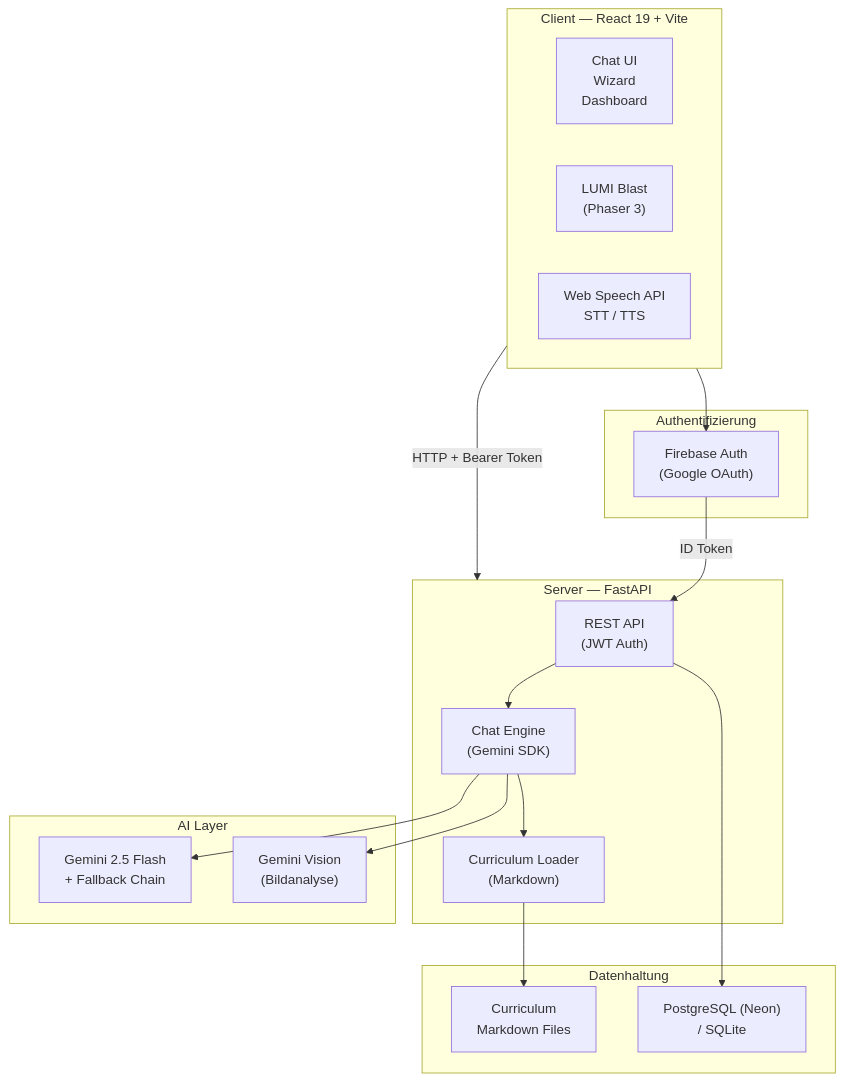
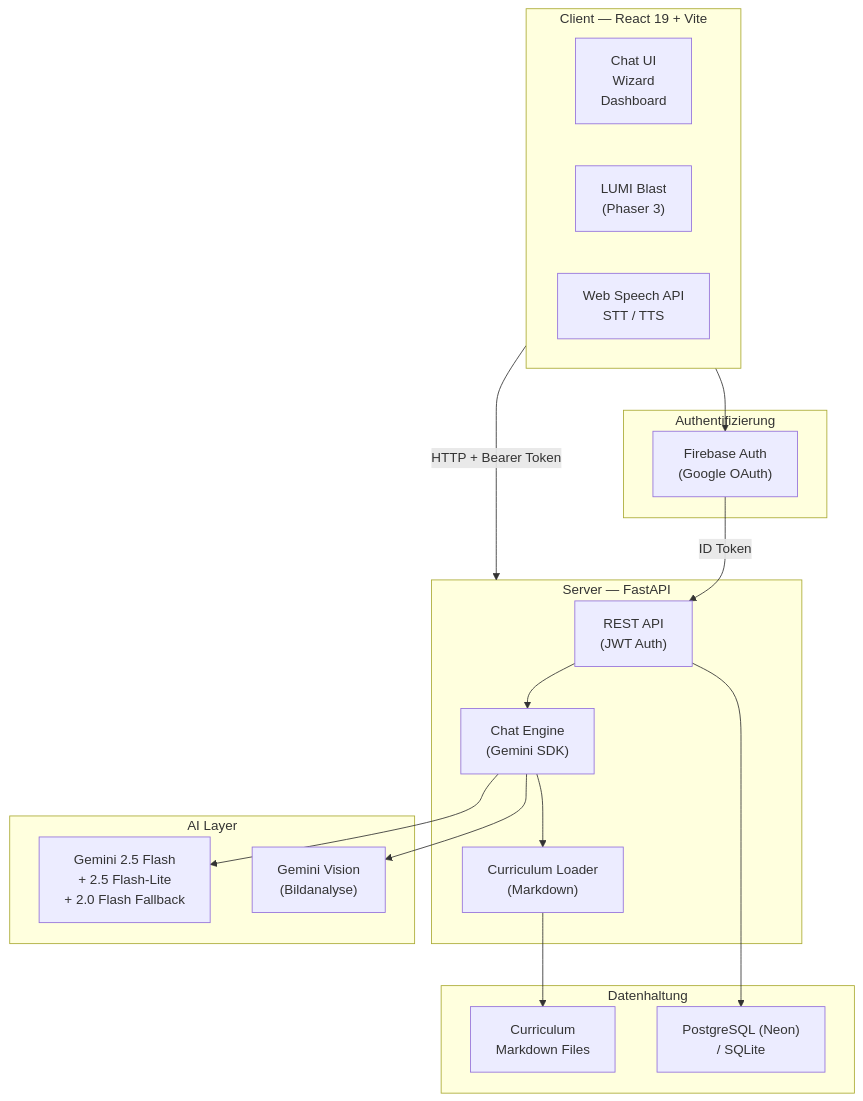
One commit to matteo-ise/lumi-learning-platform changed the first of 3 diagrams in README.md. Above: the diagram before and after it, drawn with Mermaid. The commit also changed other lines of this file and 1 other file, not shown here.

````diff
--- a/README.md
+++ b/README.md
@@ -75,38 +75,38 @@
 ```mermaid
 flowchart TB
     subgraph Client["Client — React 19 + Vite"]
         UI["Chat UI\nWizard\nDashboard"]
         Blast["LUMI Blast\n(Phaser 3)"]
         Speech["Web Speech API\nSTT / TTS"]
     end
 
     subgraph Server["Server — FastAPI"]
         API["REST API\n(JWT Auth)"]
         Chat["Chat Engine\n(Gemini SDK)"]
         Curriculum["Curriculum Loader\n(Markdown)"]
     end
 
     subgraph AI["AI Layer"]
-        Gemini["Gemini 2.5 Flash\n+ Fallback Chain"]
+        Gemini["Gemini 2.5 Flash\n+ 2.5 Flash-Lite\n+ 2.0 Flash Fallback"]
         Vision["Gemini Vision\n(Bildanalyse)"]
     end
 
     subgraph Data["Datenhaltung"]
         DB["PostgreSQL (Neon)\n/ SQLite"]
         Knowledge["Curriculum\nMarkdown Files"]
     end
 
     subgraph Auth["Authentifizierung"]
         Firebase["Firebase Auth\n(Google OAuth)"]
     end
 
     Client -->|"HTTP + Bearer Token"| Server
     API --> Chat
     Chat --> Gemini
     Chat --> Vision
     Chat --> Curriculum
     Curriculum --> Knowledge
     API --> DB
     Client --> Firebase
     Firebase -->|"ID Token"| API
 ```
````
